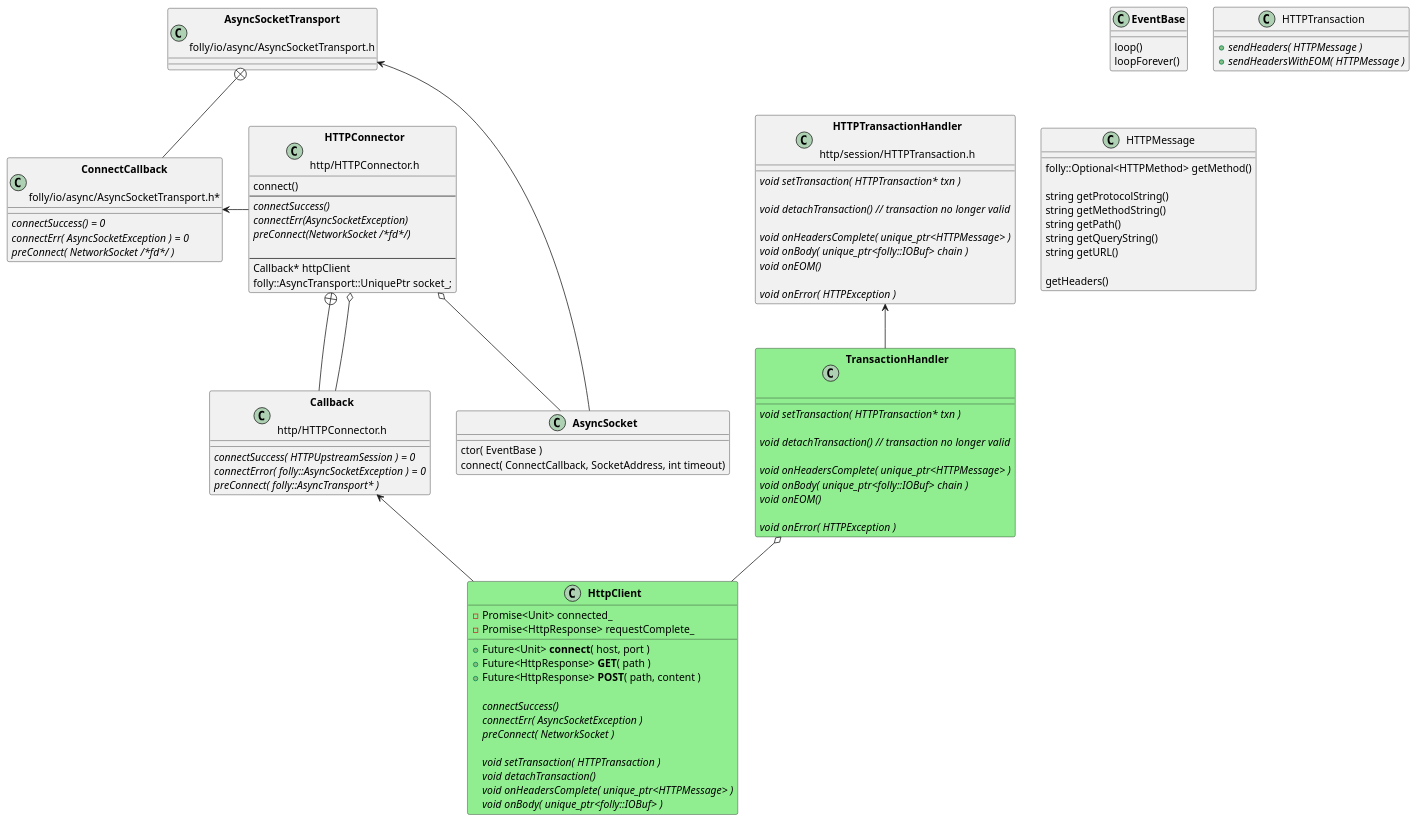
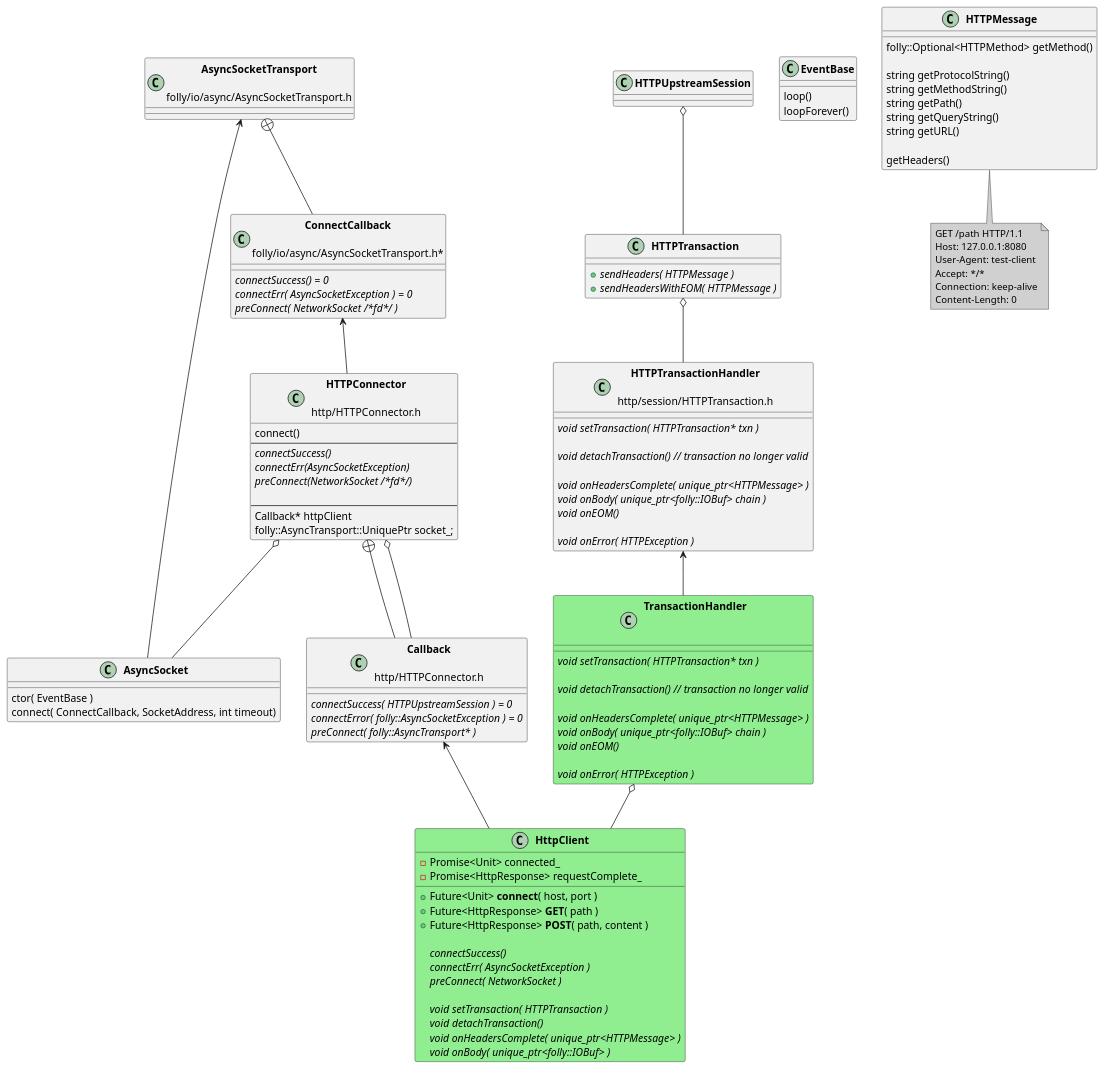
Before and after one commit to patrickhallinan/hello-proxygen: the fourth of 4 diagrams in doc/http-client.adoc, drawn with PlantUML. The commit also changed other lines of this file and 6 other files, not shown here.

```diff
--- a/doc/http-client.adoc
+++ b/doc/http-client.adoc
@@ -206,9 +236,23 @@
 class "**TransactionHandler**\n\n" as TransactionHandler
 class "**HttpClient**" as HttpClient
 
+class "**HTTPUpstreamSession**" as HTTPUpstreamSession
+class "**HTTPTransaction**" as HTTPTransaction
+
+class "**HTTPMessage**" as HTTPMessage
+
+note bottom #d0d0d0
+    GET /path HTTP/1.1
+    Host: 127.0.0.1:8080
+    User-Agent: test-client
+    Accept: */*
+    Connection: keep-alive
+    Content-Length: 0    
+end note
+
 AsyncSocketTransport <-- AsyncSocket
 
-ConnectCallback <- HTTPConnector
+ConnectCallback <-- HTTPConnector
 
 Callback <-- HttpClient
 HTTPTransactionHandler <-- TransactionHandler
@@ -216,11 +260,14 @@
 AsyncSocketTransport +-- ConnectCallback
 HTTPConnector +-- Callback
 
-'HTTPConnector o-- EventBase
 HTTPConnector o-- Callback
 HTTPConnector o-- AsyncSocket
 
+HTTPUpstreamSession o-- HTTPTransaction
+HTTPTransaction o-- HTTPTransactionHandler
+
 TransactionHandler o-- HttpClient
+
 
 class EventBase {
     loop()
```
